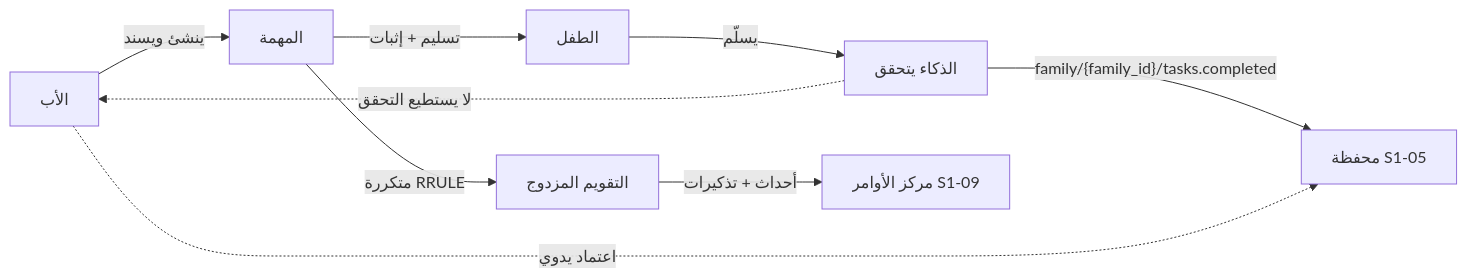
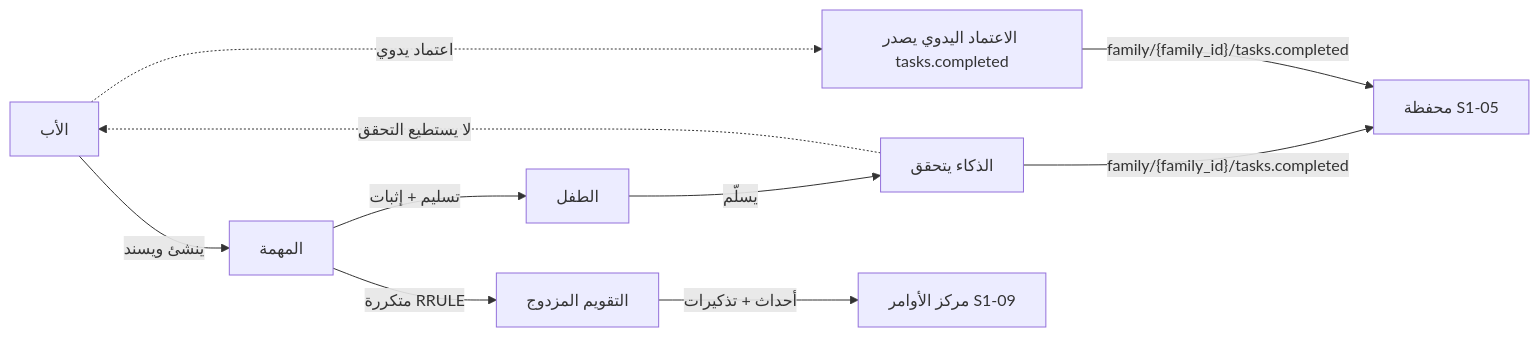
Before and after one commit to Bassam-mohammed-alqaeadi/family-os-v2: the first of 3 diagrams in docs/family-os/governance/phases/phase-1/S1-06-tasks-and-calendar/SPEC.md, drawn with Mermaid. The commit also changed other lines of this file and 8 other files, not shown here.

````diff
--- a/docs/family-os/governance/phases/phase-1/S1-06-tasks-and-calendar/SPEC.md
+++ b/docs/family-os/governance/phases/phase-1/S1-06-tasks-and-calendar/SPEC.md
@@ -24,11 +24,12 @@
 ```mermaid
 flowchart LR
     Father[الأب] -->|ينشئ ويسند| Task[المهمة]
     Task -->|تسليم + إثبات| Child[الطفل]
     Child -->|يسلّم| AI[الذكاء يتحقق]
     AI -->|"family/{family_id}/tasks.completed"| Wallet[محفظة S1-05]
     AI -.->|لا يستطيع التحقق| Father
-    Father -.->|اعتماد يدوي| Wallet
+    Father -.->|اعتماد يدوي| Approve[الاعتماد اليدوي يصدر tasks.completed]
+    Approve -->|"family/{family_id}/tasks.completed"| Wallet
     Task -->|متكررة RRULE| Calendar[التقويم المزدوج]
     Calendar -->|أحداث + تذكيرات| Hub[مركز الأوامر S1-09]
 ```
````
